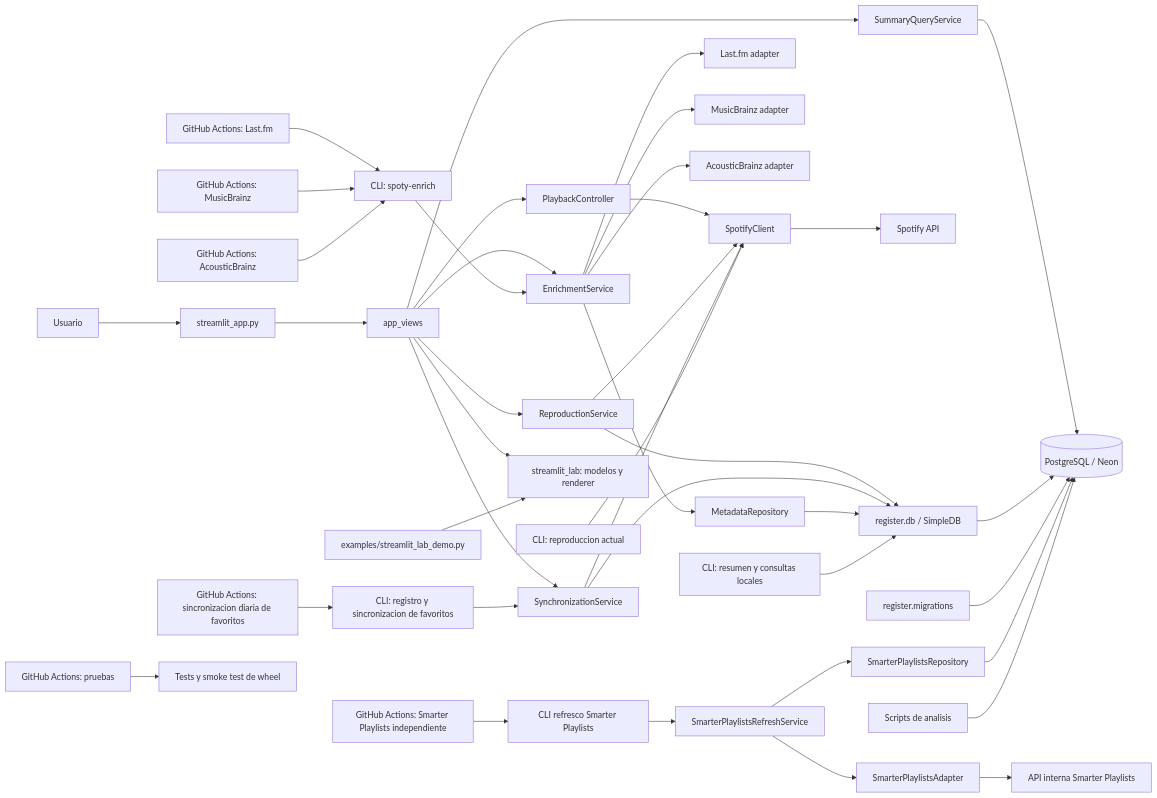
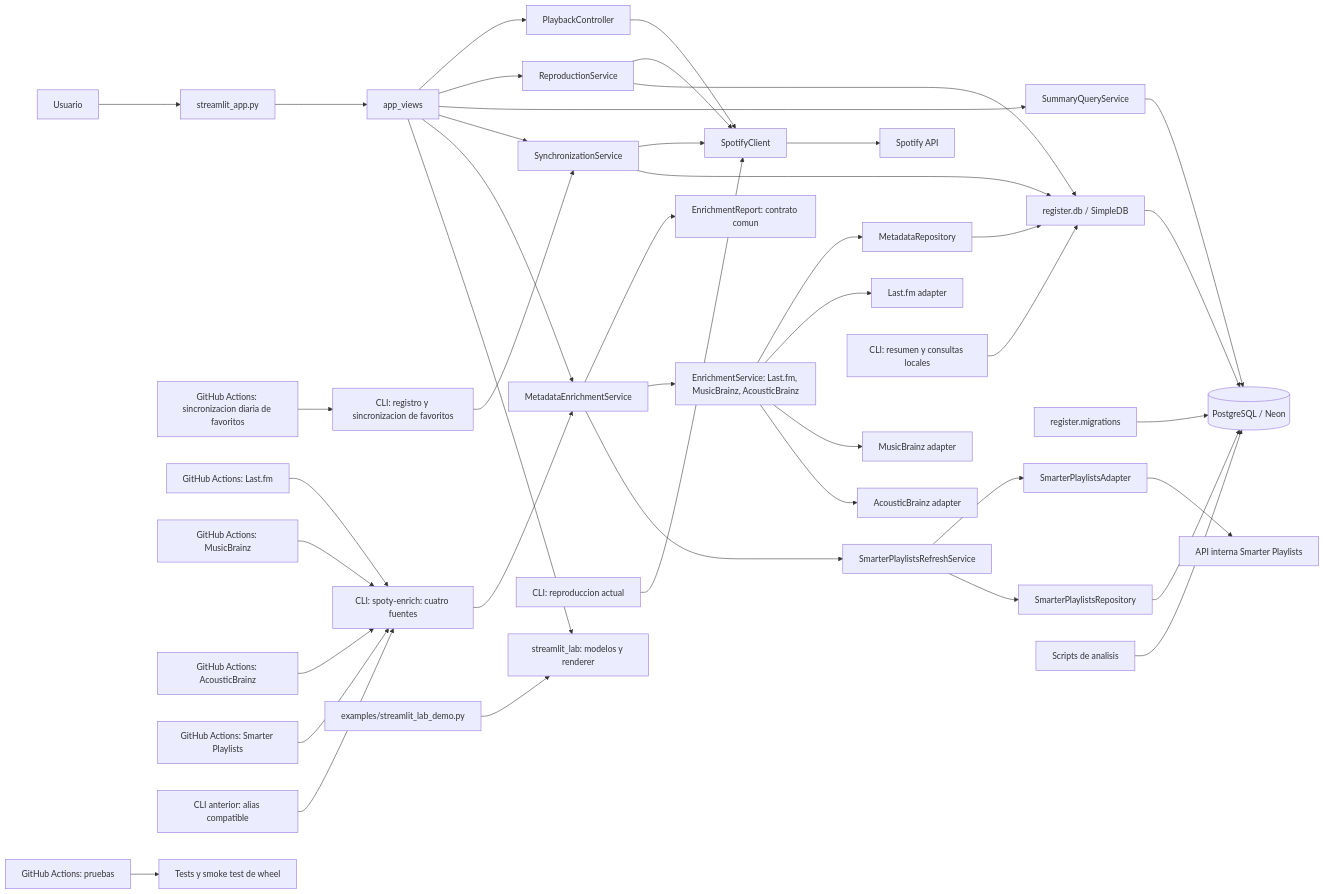
Before and after one commit to luiscaballeroramos/spoty: the diagram in ARCHITECTURE.md, drawn with Mermaid. The commit also changed other lines of this file and 35 other files, not shown here.

````diff
--- a/ARCHITECTURE.md
+++ b/ARCHITECTURE.md
@@ -9,43 +9,46 @@
 ```mermaid
 flowchart LR
         USER[Usuario] --> UI[streamlit_app.py]
         UI --> VIEWS[app_views]
         VIEWS --> PC[PlaybackController]
         VIEWS --> RS[ReproductionService]
         VIEWS --> QS[SummaryQueryService]
         VIEWS --> SY[SynchronizationService]
-        VIEWS --> ENR[EnrichmentService]
+        VIEWS --> META[MetadataEnrichmentService]
+        META --> REPORT[EnrichmentReport: contrato comun]
+        META --> ENR[EnrichmentService: Last.fm, MusicBrainz, AcousticBrainz]
+        META --> SPLREF[SmarterPlaylistsRefreshService]
         ENR --> MREP[MetadataRepository]
         ENR --> LFM[Last.fm adapter]
         ENR --> MBM[MusicBrainz adapter]
         ENR --> ABM[AcousticBrainz adapter]
         VIEWS --> LAB[streamlit_lab: modelos y renderer]
         PC --> SC[SpotifyClient]
         RS --> SC
         SY --> SC
         SC --> SP[Spotify API]
         RS --> DBL[register.db / SimpleDB]
         SY --> DBL
         MREP --> DBL
         QS --> DB[(PostgreSQL / Neon)]
         DBL --> DB
         MIG[register.migrations] --> DB
 
     SYCLI[CLI: registro y sincronizacion de favoritos] --> SY
-    ENCLI[CLI: spoty-enrich] --> ENR
+    ENCLI[CLI: spoty-enrich: cuatro fuentes] --> META
     DBCLI[CLI: resumen y consultas locales] --> DBL
     PLAYCLI[CLI: reproduccion actual] --> SC
     GHJ[GitHub Actions: sincronizacion diaria de favoritos] --> SYCLI
     GHLFM[GitHub Actions: Last.fm] --> ENCLI
     GHMB[GitHub Actions: MusicBrainz] --> ENCLI
     GHAB[GitHub Actions: AcousticBrainz] --> ENCLI
-    GHS[GitHub Actions: Smarter Playlists independiente] --> SPLCLI[CLI refresco Smarter Playlists]
-    SPLCLI --> SPLREF[SmarterPlaylistsRefreshService]
+    GHS[GitHub Actions: Smarter Playlists] --> ENCLI
+    SPLCLI[CLI anterior: alias compatible] --> ENCLI
     SPLREF --> SPLAD[SmarterPlaylistsAdapter]
     SPLAD --> SPLWEB[API interna Smarter Playlists]
     SPLREF --> SPLREP[SmarterPlaylistsRepository]
     SPLREP --> DB
         ANALYSIS[Scripts de analisis] --> DB
         CI[GitHub Actions: pruebas] --> TESTS[Tests y smoke test de wheel]
         DEMO[examples/streamlit_lab_demo.py] --> LAB
 ```
````
